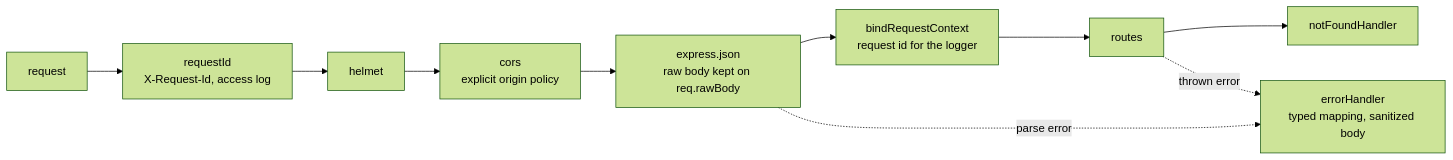
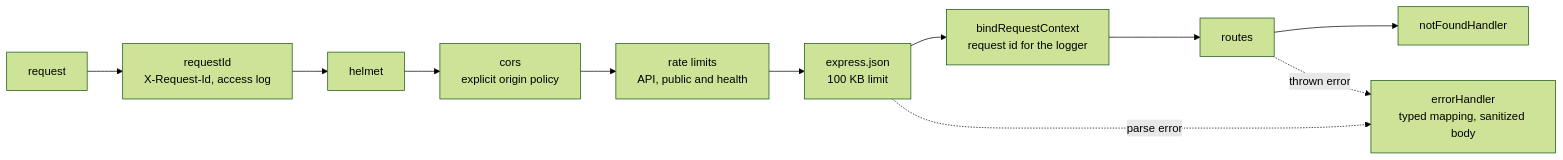
One commit to safetrustcr/backend-SafeTrust changed the diagram in docs/architecture/error-handling-and-logging.md. Above: the diagram before and after it, drawn with Mermaid (forest theme). The commit also changed other lines of this file and 31 other files, not shown here.

````diff
--- a/docs/architecture/error-handling-and-logging.md
+++ b/docs/architecture/error-handling-and-logging.md
@@ -9,12 +9,13 @@
 ```mermaid
 graph LR
   A[request] --> B["requestId<br/>X-Request-Id, access log"]
   B --> C[helmet]
   C --> D["cors<br/>explicit origin policy"]
-  D --> E["express.json<br/>raw body kept on req.rawBody"]
-  E --> F["bindRequestContext<br/>request id for the logger"]
-  F --> G[routes]
-  G --> H[notFoundHandler]
-  E -. parse error .-> I
-  G -. thrown error .-> I["errorHandler<br/>typed mapping, sanitized body"]
+  D --> E["rate limits<br/>API, public and health"]
+  E --> F["express.json<br/>100 KB limit"]
+  F --> G["bindRequestContext<br/>request id for the logger"]
+  G --> H[routes]
+  H --> I[notFoundHandler]
+  F -. parse error .-> J
+  H -. thrown error .-> J["errorHandler<br/>typed mapping, sanitized body"]
 ```
````
